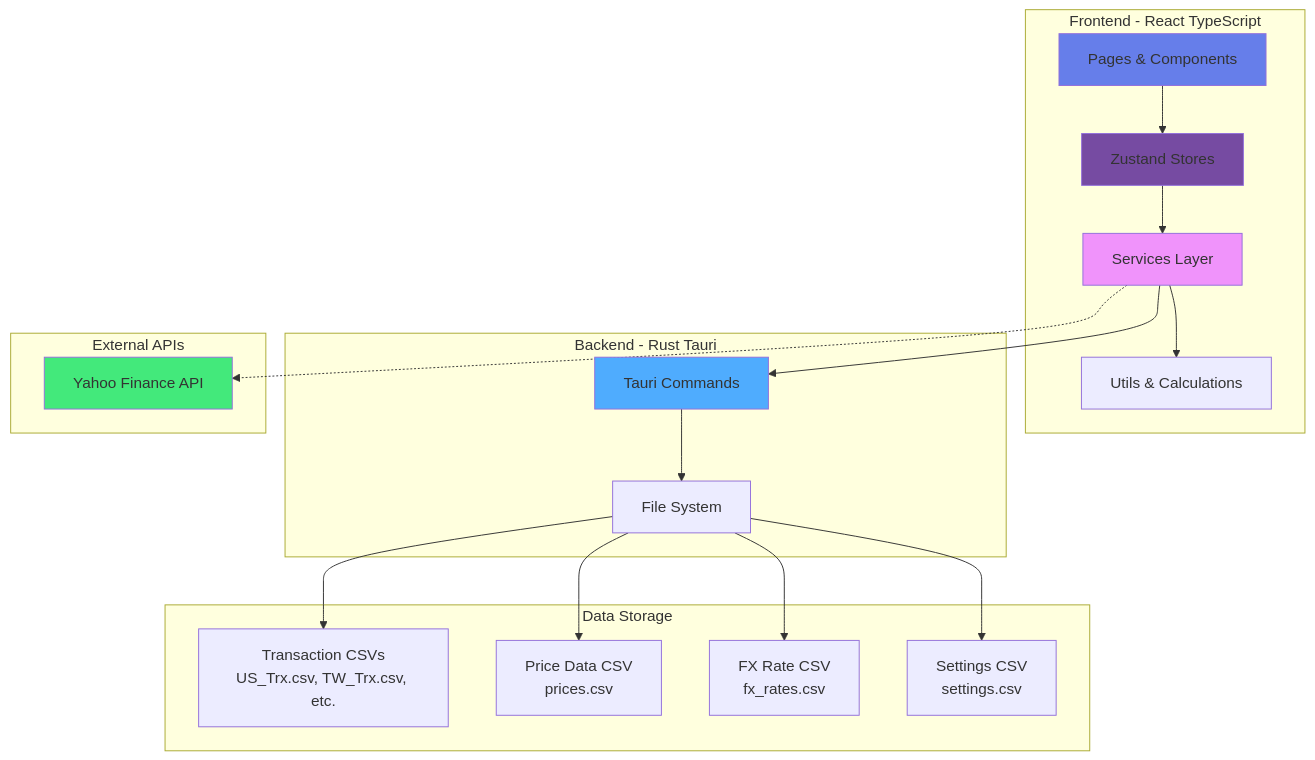
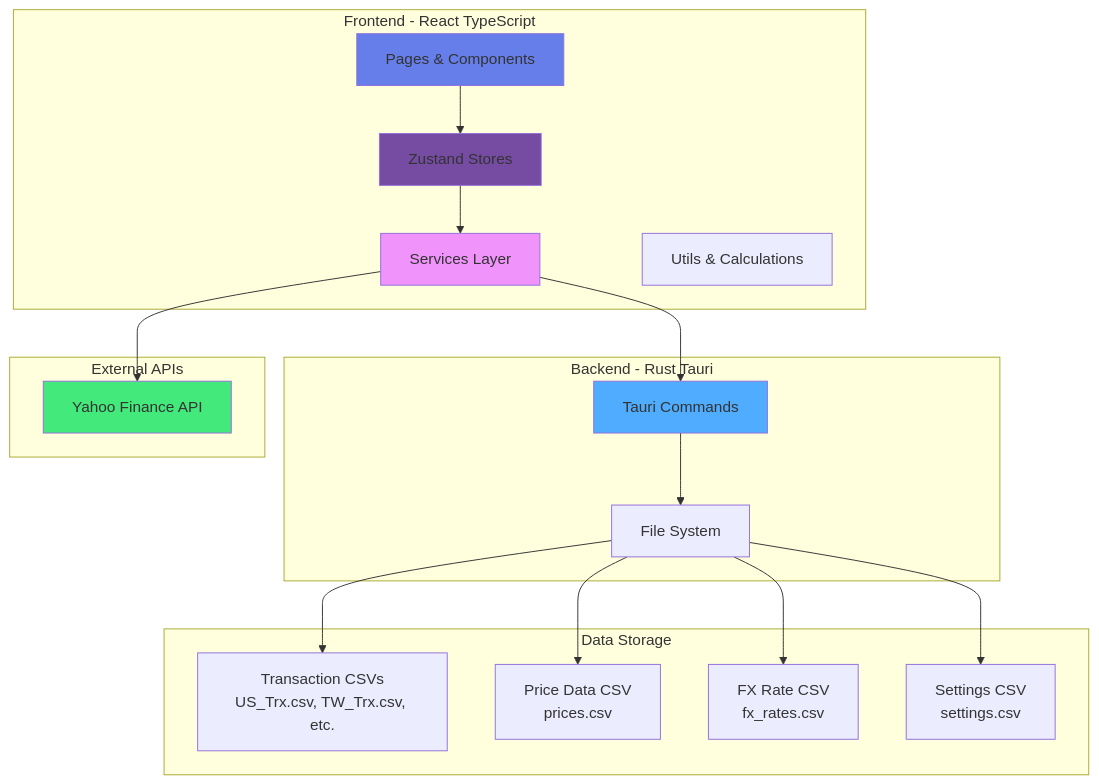
Before and after one commit to 7kfpun/portfolio: the diagram in CLAUDE.md, drawn with Mermaid. The commit also changed other lines of this file and 27 other files, not shown here.

````diff
--- a/CLAUDE.md
+++ b/CLAUDE.md
@@ -110,42 +58,41 @@
 ```mermaid
 graph TB
     subgraph "Frontend - React TypeScript"
         UI[Pages & Components]
         Store[Zustand Stores]
         Services[Services Layer]
         Utils[Utils & Calculations]
     end
 
     subgraph "Backend - Rust Tauri"
         Commands[Tauri Commands]
         FileSystem[File System]
     end
 
     subgraph "Data Storage"
         TransactionCSV[Transaction CSVs<br/>US_Trx.csv, TW_Trx.csv, etc.]
         PriceCSV[Price Data CSV<br/>prices.csv]
         FxRateCSV[FX Rate CSV<br/>fx_rates.csv]
         SettingsCSV[Settings CSV<br/>settings.csv]
     end
 
     subgraph "External APIs"
         YahooFinance[Yahoo Finance API]
     end
 
     UI --> Store
     Store --> Services
     Services --> Commands
-    Services --> Utils
+    Services --> YahooFinance
     Commands --> FileSystem
     FileSystem --> TransactionCSV
     FileSystem --> PriceCSV
     FileSystem --> FxRateCSV
     FileSystem --> SettingsCSV
-    Services -.-> YahooFinance
 
     style UI fill:#667eea
     style Store fill:#764ba2
     style Services fill:#f093fb
     style Commands fill:#4facfe
     style YahooFinance fill:#43e97b
 ```
````
